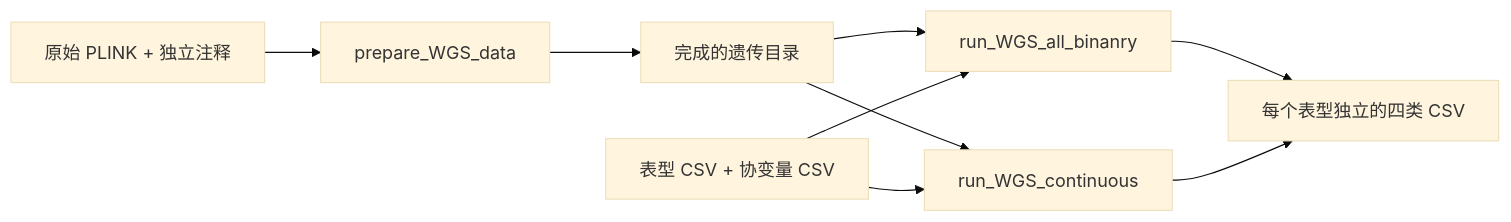
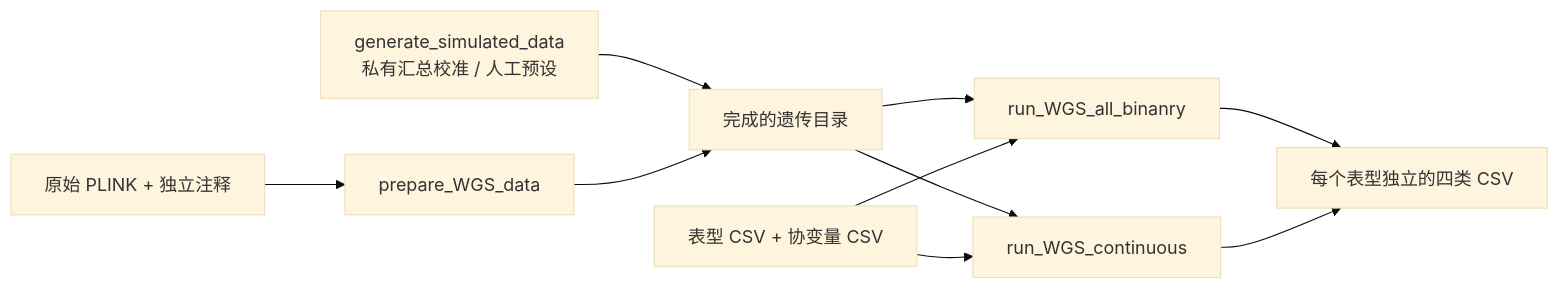
The diagram in README.md (weikanggong1/Fudan-WGS-Toolkit), drawn with Mermaid (base theme) before and after one commit. The commit also changed other lines of this file and 15 other files, not shown here.

````diff
--- a/README.md
+++ b/README.md
@@ -16,11 +16,12 @@
 ```mermaid
 flowchart LR
     RAW["原始 PLINK + 独立注释"] --> PREP["prepare_WGS_data"]
+    SIM["generate_simulated_data<br/>私有汇总校准 / 人工预设"] --> CACHE
     PREP --> CACHE["完成的遗传目录"]
     CACHE --> BINARY["run_WGS_all_binanry"]
     CACHE --> CONTINUOUS["run_WGS_continuous"]
     PH["表型 CSV + 协变量 CSV"] --> BINARY
     PH --> CONTINUOUS
     BINARY --> CSV["每个表型独立的四类 CSV"]
     CONTINUOUS --> CSV
 ```
````
